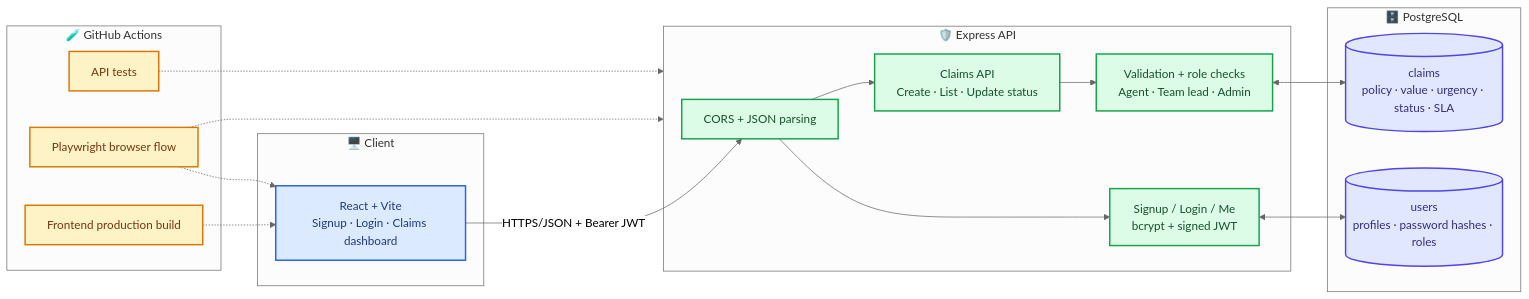
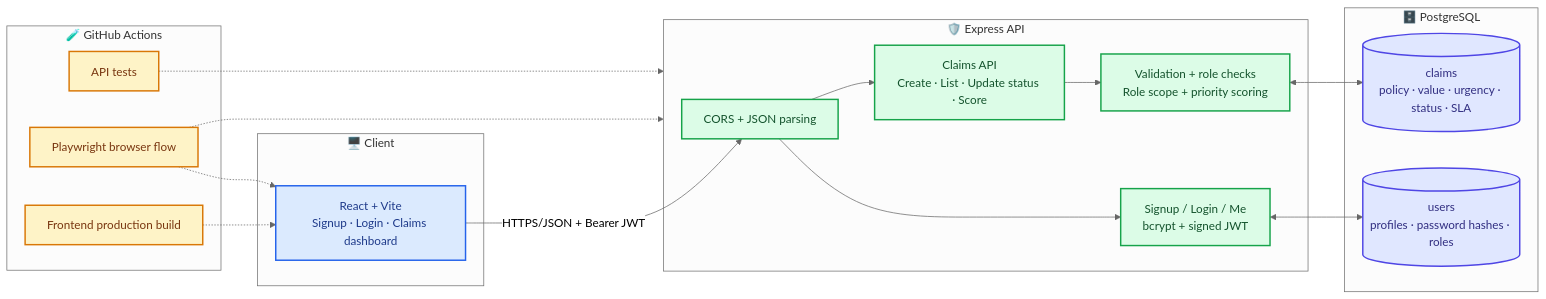
The diagram in docs/architecture.mmd (Neemasree/CLAIMSYNC), drawn with Mermaid (neutral theme) before and after one commit.

Commit message:
docs: update architecture for priority scoring

```diff
--- a/docs/architecture.mmd
+++ b/docs/architecture.mmd
@@ -1,37 +1,37 @@
 flowchart LR
   subgraph CLIENT["🖥️ Client"]
     UI["React + Vite<br/>Signup · Login · Claims dashboard"]
   end
   subgraph SERVER["🛡️ Express API"]
     CORS["CORS + JSON parsing"]
     AUTH["Signup / Login / Me<br/>bcrypt + signed JWT"]
-    CLAIMS["Claims API<br/>Create · List · Update status"]
-    RULES["Validation + role checks<br/>Agent · Team lead · Admin"]
+    CLAIMS["Claims API<br/>Create · List · Update status · Score"]
+    RULES["Validation + role checks<br/>Role scope + priority scoring"]
   end
   subgraph DATA["🗄️ PostgreSQL"]
     USERS[("users<br/>profiles · password hashes · roles")]
     CLAIMDB[("claims<br/>policy · value · urgency · status · SLA")]
   end
   subgraph QUALITY["🧪 GitHub Actions"]
     API_TEST["API tests"]
     E2E["Playwright browser flow"]
     BUILD["Frontend production build"]
   end
   UI -->|"HTTPS/JSON + Bearer JWT"| CORS
   CORS --> AUTH
   CORS --> CLAIMS
   CLAIMS --> RULES
   AUTH <--> USERS
   RULES <--> CLAIMDB
   API_TEST -.-> SERVER
   E2E -.-> UI
   E2E -.-> SERVER
   BUILD -.-> UI
   classDef client fill:#DBEAFE,stroke:#2563EB,color:#1E3A8A,stroke-width:2px
   classDef api fill:#DCFCE7,stroke:#16A34A,color:#14532D,stroke-width:2px
   classDef data fill:#E0E7FF,stroke:#4F46E5,color:#312E81,stroke-width:2px
   classDef quality fill:#FEF3C7,stroke:#D97706,color:#78350F,stroke-width:2px
   class UI client
   class CORS,AUTH,CLAIMS,RULES api
   class USERS,CLAIMDB data
   class API_TEST,E2E,BUILD quality
```
